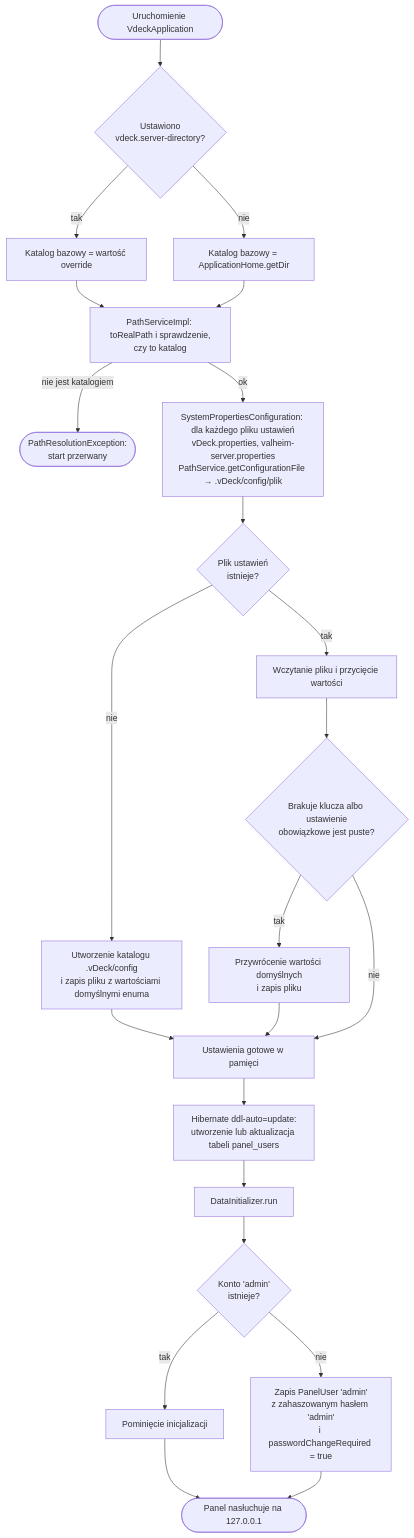
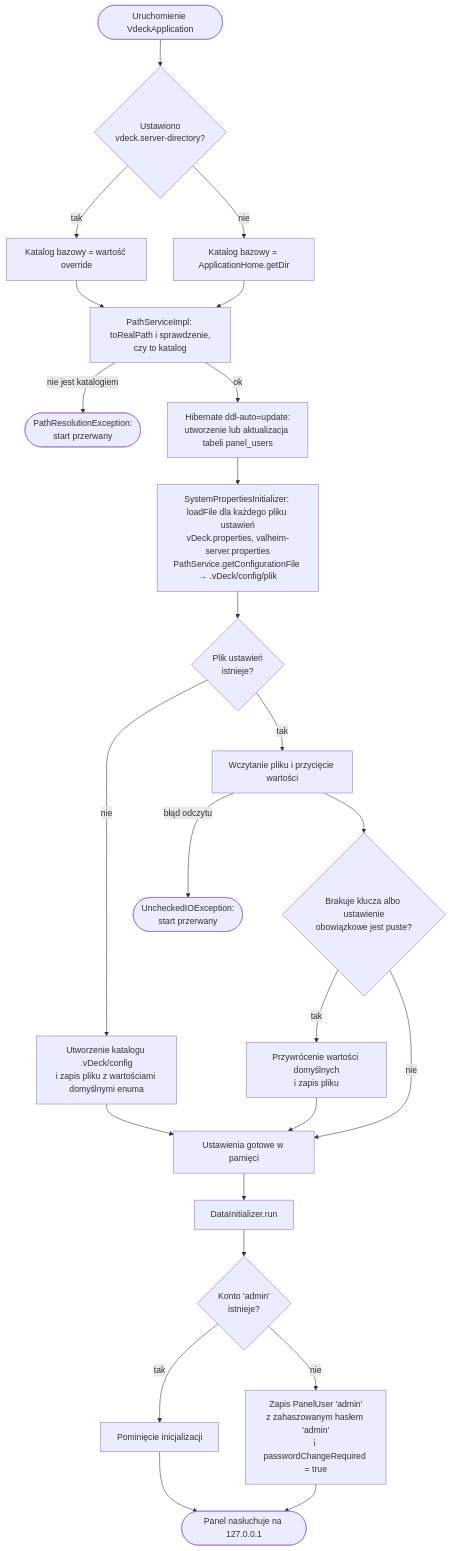
One commit to Pplociennik/vDeck changed the diagram in dokumentacja/diagramy/wspolne/przeplyw-start-aplikacji.mmd. Above: the diagram before and after it, drawn with Mermaid. The commit also changed 74 other files, not shown here.

Commit message:
[VDEC-6] ADD: Create a panel for server properties management.

```diff
--- a/dokumentacja/diagramy/wspolne/przeplyw-start-aplikacji.mmd
+++ b/dokumentacja/diagramy/wspolne/przeplyw-start-aplikacji.mmd
@@ -1,24 +1,25 @@
 %% Diagram przepływu: start aplikacji vDeck i przygotowanie środowiska
 flowchart TD
     start([Uruchomienie VdeckApplication]) --> home{Ustawiono<br/>vdeck.server-directory?}
     home -- tak --> configured[Katalog bazowy = wartość override]
     home -- nie --> appHome[Katalog bazowy = ApplicationHome.getDir]
     configured --> real[PathServiceImpl: toRealPath i sprawdzenie,<br/>czy to katalog]
     appHome --> real
     real -- nie jest katalogiem --> fail([PathResolutionException:<br/>start przerwany])
-    real -- ok --> props[SystemPropertiesConfiguration: dla każdego pliku ustawień<br/>vDeck.properties, valheim-server.properties<br/>PathService.getConfigurationFile → .vDeck/config/plik]
+    real -- ok --> schema[Hibernate ddl-auto=update:<br/>utworzenie lub aktualizacja tabeli panel_users]
+    schema --> props[SystemPropertiesInitializer: loadFile dla każdego pliku ustawień<br/>vDeck.properties, valheim-server.properties<br/>PathService.getConfigurationFile → .vDeck/config/plik]
     props --> exists{Plik ustawień<br/>istnieje?}
     exists -- nie --> create[Utworzenie katalogu .vDeck/config<br/>i zapis pliku z wartościami domyślnymi enuma]
     exists -- tak --> read[Wczytanie pliku i przycięcie wartości]
+    read -- błąd odczytu --> readFail([UncheckedIOException:<br/>start przerwany])
     read --> missing{Brakuje klucza albo ustawienie<br/>obowiązkowe jest puste?}
     missing -- tak --> restore[Przywrócenie wartości domyślnych<br/>i zapis pliku]
     missing -- nie --> ready[Ustawienia gotowe w pamięci]
     create --> ready
     restore --> ready
-    ready --> schema[Hibernate ddl-auto=update:<br/>utworzenie lub aktualizacja tabeli panel_users]
-    schema --> init[DataInitializer.run]
+    ready --> init[DataInitializer.run]
     init --> adminExists{Konto 'admin'<br/>istnieje?}
     adminExists -- tak --> skip[Pominięcie inicjalizacji]
     adminExists -- nie --> createAdmin[Zapis PanelUser 'admin'<br/>z zahaszowanym hasłem 'admin'<br/>i passwordChangeRequired = true]
     skip --> up([Panel nasłuchuje na 127.0.0.1])
     createAdmin --> up
```
